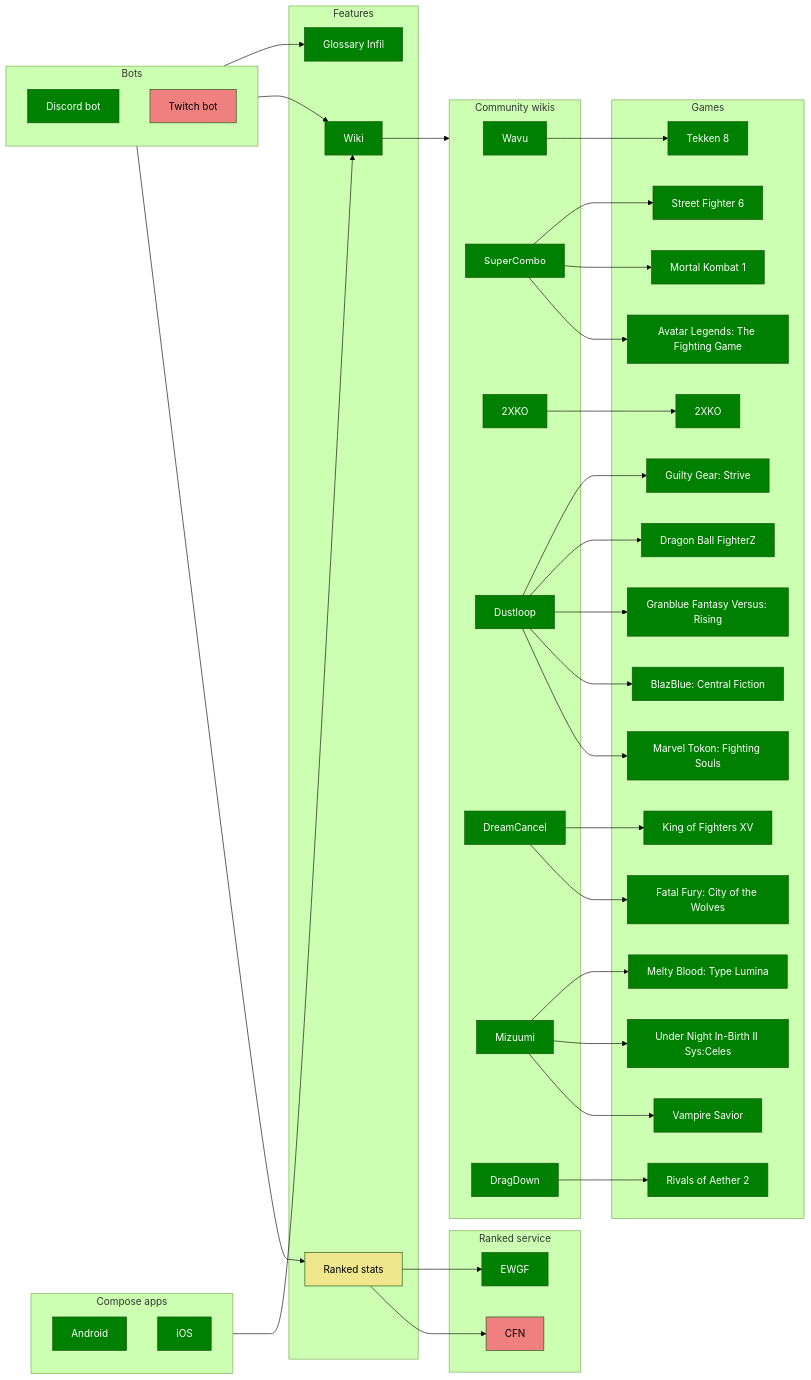
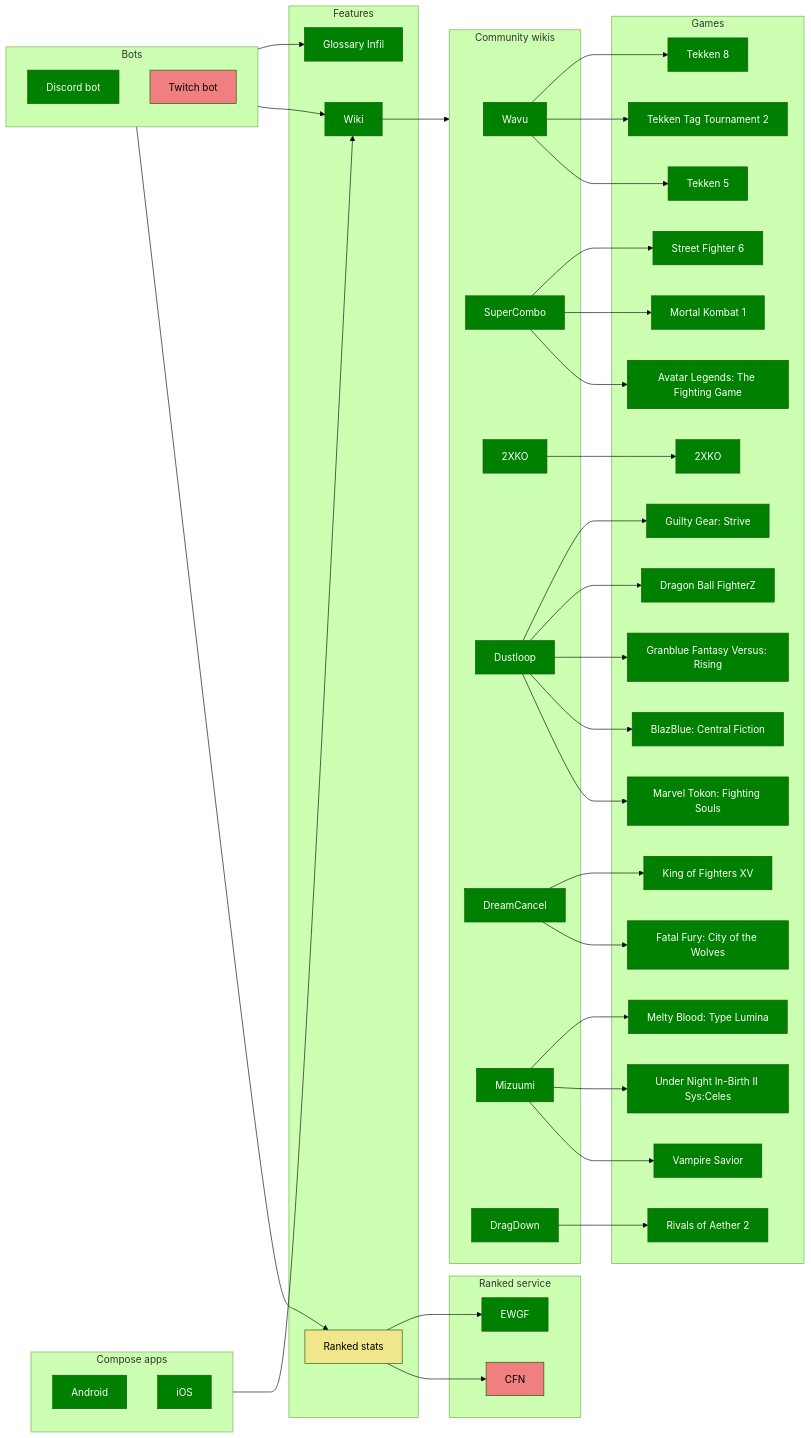
Before and after one commit to Sophon/FightingNerd: the diagram in docs/modules.mmd, drawn with Mermaid (forest theme).

Commit message:
docs (modules): tag2 and t5

```diff
--- a/docs/modules.mmd
+++ b/docs/modules.mmd
@@ -1,90 +1,94 @@
 graph LR
     subgraph bots[Bots]
         discordBot[Discord bot]
         twitchBot[Twitch bot]
     end
 
     subgraph compose[Compose apps]
         android[Android]
         iOS[iOS]
     end
 
     subgraph Features
         glossaryInfil[Glossary Infil]
         wikiFeat[Wiki]
         elo[Ranked stats]
     end
 
     subgraph wikiGraph[Community wikis]
         wikiWavu[Wavu]
         supercombo[SuperCombo]
         2xko[2XKO]
         dustloop[Dustloop]
         dreamcancel[DreamCancel]
         mizuumi[Mizuumi]
         dragdown[DragDown]
     end
 
     subgraph Games
         t8[Tekken 8]
+        tag2[Tekken Tag Tournament 2]
+        t5[Tekken 5]
         sf6[Street Fighter 6]
         mk1[Mortal Kombat 1]
         ggst[Guilty Gear: Strive]
         dbfz[Dragon Ball FighterZ]
         gbvsr[Granblue Fantasy Versus: Rising]
         kof15[King of Fighters XV]
         cotw[Fatal Fury: City of the Wolves]
         xko[2XKO]
         melty[Melty Blood: Type Lumina]
         bbcf[BlazBlue: Central Fiction]
         uni2[Under Night In-Birth II Sys:Celes]
         vsav[Vampire Savior]
         avl[Avatar Legends: The Fighting Game]
         roa[Rivals of Aether 2]
         mtfs[Marvel Tokon: Fighting Souls]
     end
 
     subgraph Ranked service
         ewgf[EWGF]
         cfn[CFN]
     end
 
     compose --> wikiFeat
 
     bots --> glossaryInfil
     bots --> wikiFeat
     bots --> elo
 
     wikiFeat --> wikiGraph
 
     elo --> ewgf
     elo --> cfn
 
     wikiWavu --> t8
+    wikiWavu --> tag2
+    wikiWavu --> t5
     supercombo --> sf6
     supercombo --> mk1
     supercombo --> avl
     dustloop --> ggst
     dustloop --> dbfz
     dustloop --> gbvsr
     dustloop --> bbcf
     dustloop --> mtfs
     2xko --> xko
     dreamcancel --> kof15
     dreamcancel --> cotw
     mizuumi --> melty
     mizuumi --> uni2
     mizuumi --> vsav
     dragdown --> roa
 
     classDef done fill:green,color:white
     classDef inProgress fill:khaki,color:black
     classDef planned fill:lightcoral,color:black
 
     class discordBot,android,iOS done
     class glossaryInfil,wikiFeat done
     class wikiWavu,supercombo,2xko,dustloop,dreamcancel,mizuumi,dragdown done
-    class t8,sf6,mk1,avl,ggst,dbfz,gbvsr,bbcf,mtfs,xko,kof15,cotw,melty,uni2,vsav,roa done
+    class t8,tag2,t5,sf6,mk1,avl,ggst,dbfz,gbvsr,bbcf,mtfs,xko,kof15,cotw,melty,uni2,vsav,roa done
     class ewgf done
     class elo inProgress
     class twitchBot,cfn planned
```
